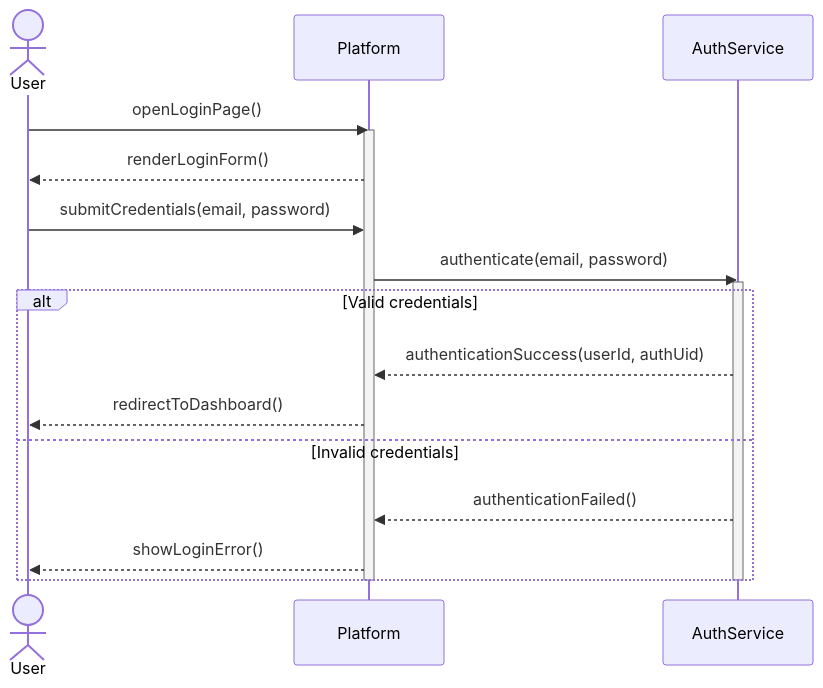
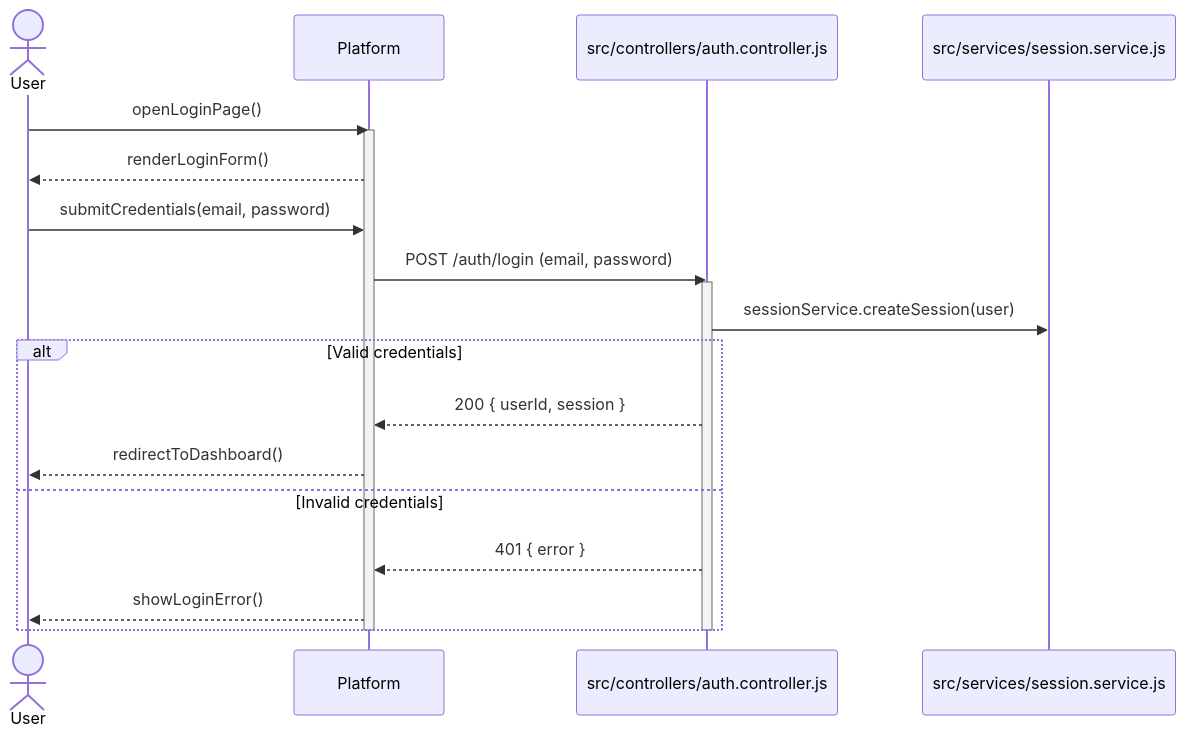
Before and after one commit to NovaLogic-Systems/gestArtes-docs: the first of 11 diagrams in diagrams/Sequence Diagram/sequencediagram.md, drawn with Mermaid. The commit also changed other lines of this file and 2 other files, not shown here.

Commit message:
Refactor sequence diagrams and add class diagram structure

````diff
--- a/diagrams/Sequence Diagram/sequencediagram.md
+++ b/diagrams/Sequence Diagram/sequencediagram.md
@@ -3,22 +3,24 @@
 ```mermaid
 sequenceDiagram
     actor User
-    participant Platform
-    participant AuthService
+    participant Frontend as Platform
+    participant AuthController as src/controllers/auth.controller.js
+    participant SessionService as src/services/session.service.js
 
-    User->>Platform: openLoginPage()
-    activate Platform
-    Platform-->>User: renderLoginForm()
-    User->>Platform: submitCredentials(email, password)
-    Platform->>AuthService: authenticate(email, password)
-    activate AuthService
+    User->>Frontend: openLoginPage()
+    activate Frontend
+    Frontend-->>User: renderLoginForm()
+    User->>Frontend: submitCredentials(email, password)
+    Frontend->>AuthController: POST /auth/login (email, password)
+    activate AuthController
+    AuthController->>SessionService: sessionService.createSession(user)
     alt Valid credentials
-        AuthService-->>Platform: authenticationSuccess(userId, authUid)
-        Platform-->>User: redirectToDashboard()
+        AuthController-->>Frontend: 200 { userId, session }
+        Frontend-->>User: redirectToDashboard()
     else Invalid credentials
-        AuthService-->>Platform: authenticationFailed()
-        Platform-->>User: showLoginError()
+        AuthController-->>Frontend: 401 { error }
+        Frontend-->>User: showLoginError()
     end
-    deactivate AuthService
-    deactivate Platform
+    deactivate AuthController
+    deactivate Frontend
 ```
````
